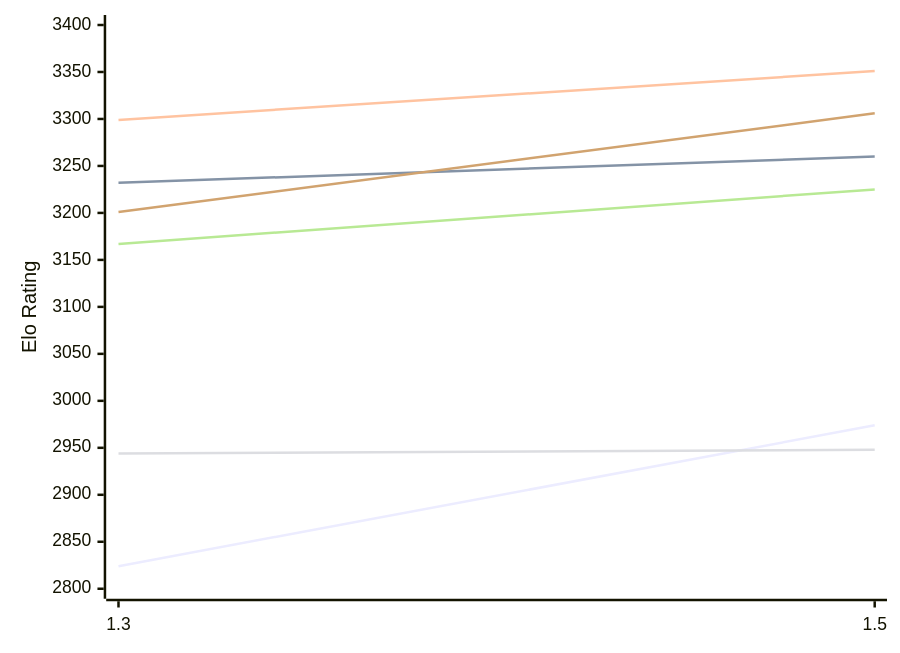
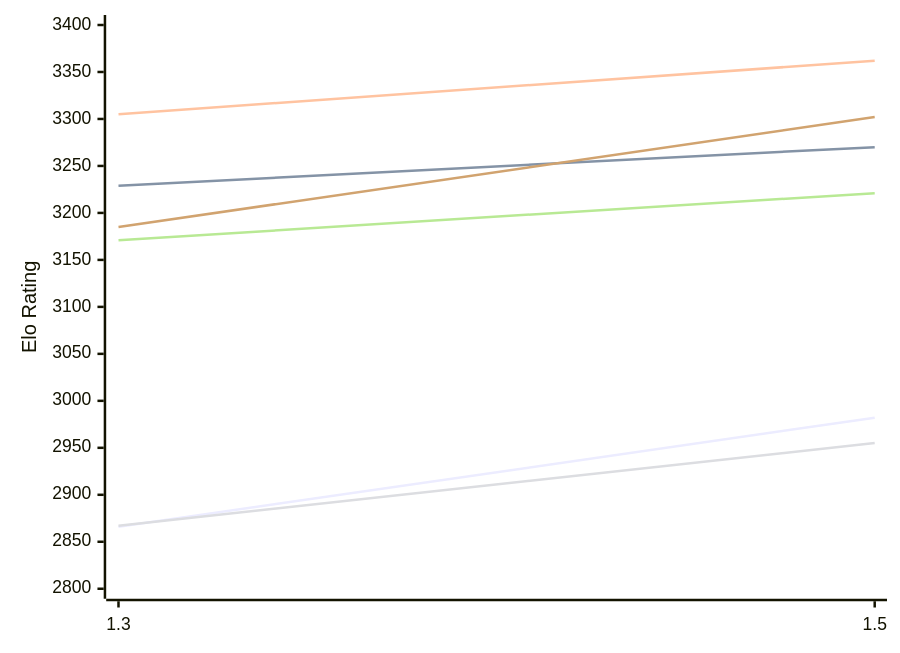
The first of 2 diagrams in engines/Lambergar.md (computer-chess-index/cci), drawn with Mermaid before and after one commit. The commit also changed other lines of this file, not shown here.

Commit message:
Update CCI Ratings (ELO VLTC) - 2026-11-16

````diff
--- a/engines/Lambergar.md
+++ b/engines/Lambergar.md
@@ -50,12 +50,12 @@
 ```mermaid
 %%{init: {"theme":"base","themeVariables":{"seriesColors:['#a3a3a3','#222221','#faa371']}}}%%
 xychart-beta
   x-axis ["1.3", "1.5"]
   y-axis "Elo Rating" 2800 --> 3400
-  line "E1: STC (8.0+0.08s)" [2824, 2974]
-  line "E1: LTC (60.0+0.60s)" [3232, 3260]
-  line "E1: VLTC (2m24s+1.12s)" [3299, 3351]
-  line "P1: STC (8.0+0.08s)" [2944, 2948]
-  line "P1: LTC (60.0+0.60s)" [3167, 3225]
-  line "P1: VLTC (2m24s+1.12s)" [3201, 3306]
+  line "E1: STC (8.0+0.08s)" [2866, 2982]
+  line "E1: LTC (60.0+0.60s)" [3229, 3270]
+  line "E1: VLTC (2m24s+1.12s)" [3305, 3362]
+  line "P1: STC (8.0+0.08s)" [2867, 2955]
+  line "P1: LTC (60.0+0.60s)" [3171, 3221]
+  line "P1: VLTC (2m24s+1.12s)" [3185, 3302]
 ```
````
